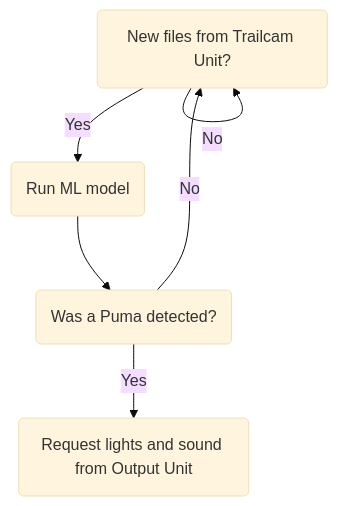
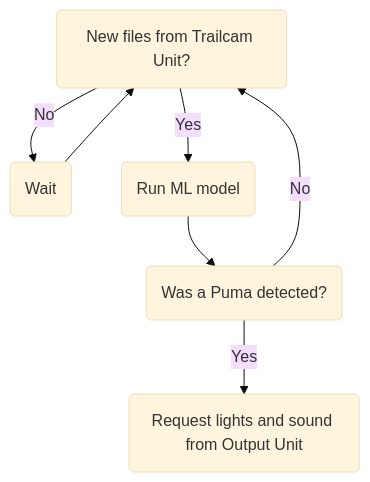
One commit to PEEC-Nature-Youth-Group/PumaGuard changed the first of 4 diagrams in docs/source/HLD.rst. Above: the diagram before and after it, drawn with Mermaid (base theme). The commit also changed other lines of this file, not shown here.

Commit message:
Add Wait states

```diff
--- a/docs/source/HLD.rst
+++ b/docs/source/HLD.rst
@@ -16,10 +16,10 @@
    .. mermaid::
       :zoom:
       :caption: Flowchart of Central Unit
 
       flowchart TB
-        A("New files from Trailcam Unit?") -- No --> A
+        A("New files from Trailcam Unit?") -- No --> E("Wait") --> A
         A -- Yes --> B("Run ML model")
         B --> C("Was a Puma detected?")
         C -- No --> A
         C -- Yes --> D("Request lights and sound from Output Unit")
```
